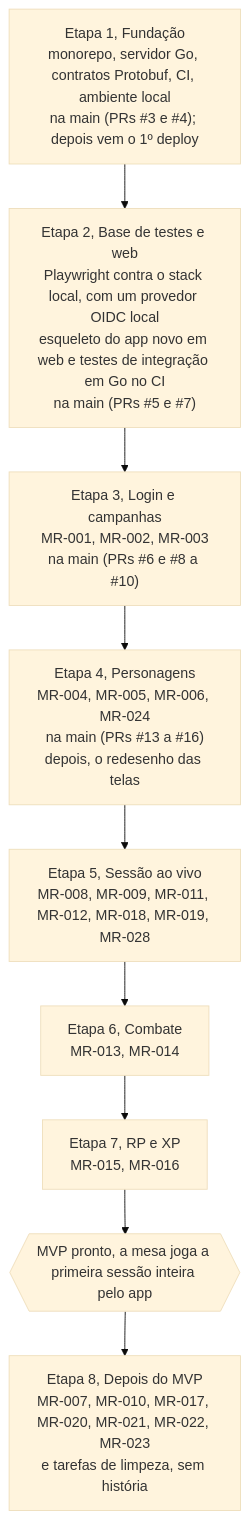
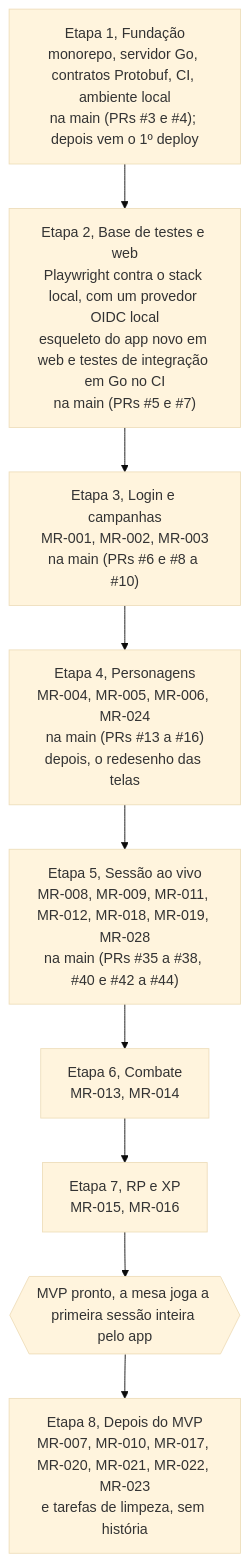
The diagram in docs/roadmap.md (PuraFome/meuRPG), drawn with Mermaid (base theme) before and after one commit. The commit also changed other lines of this file and 1 other file, not shown here.

Commit message:
docs: mark Etapa 5 as done in the roadmap and the README
Etapa 5 landed in #35 to #38, #40 and #42 to #44: the live session,
the gallery, the campaign document, the maps and showing an image to the
players. The roadmap row no longer says the screens come later, and the
README lists what now works and names Etapa 6 as next.

````diff
--- a/docs/roadmap.md
+++ b/docs/roadmap.md
@@ -5,14 +5,14 @@
 ```mermaid
 flowchart TD
     E1["Etapa 1, Fundação<br/>monorepo, servidor Go, contratos Protobuf, CI, ambiente local<br/>na main (PRs #3 e #4); depois vem o 1º deploy"]
     E2["Etapa 2, Base de testes e web<br/>Playwright contra o stack local, com um provedor OIDC local<br/>esqueleto do app novo em web e testes de integração em Go no CI<br/>na main (PRs #5 e #7)"]
     E3["Etapa 3, Login e campanhas<br/>MR-001, MR-002, MR-003<br/>na main (PRs #6 e #8 a #10)"]
     E4["Etapa 4, Personagens<br/>MR-004, MR-005, MR-006, MR-024<br/>na main (PRs #13 a #16)<br/>depois, o redesenho das telas"]
-    E5["Etapa 5, Sessão ao vivo<br/>MR-008, MR-009, MR-011, MR-012, MR-018, MR-019, MR-028"]
+    E5["Etapa 5, Sessão ao vivo<br/>MR-008, MR-009, MR-011, MR-012, MR-018, MR-019, MR-028<br/>na main (PRs #35 a #38, #40 e #42 a #44)"]
     E6["Etapa 6, Combate<br/>MR-013, MR-014"]
     E7["Etapa 7, RP e XP<br/>MR-015, MR-016"]
     MVP{{"MVP pronto, a mesa joga a primeira sessão inteira pelo app"}}
     E8["Etapa 8, Depois do MVP<br/>MR-007, MR-010, MR-017, MR-020, MR-021, MR-022, MR-023<br/>e tarefas de limpeza, sem história"]
 
     E1 --> E2 --> E3 --> E4 --> E5 --> E6 --> E7 --> MVP --> E8
 ```
````
